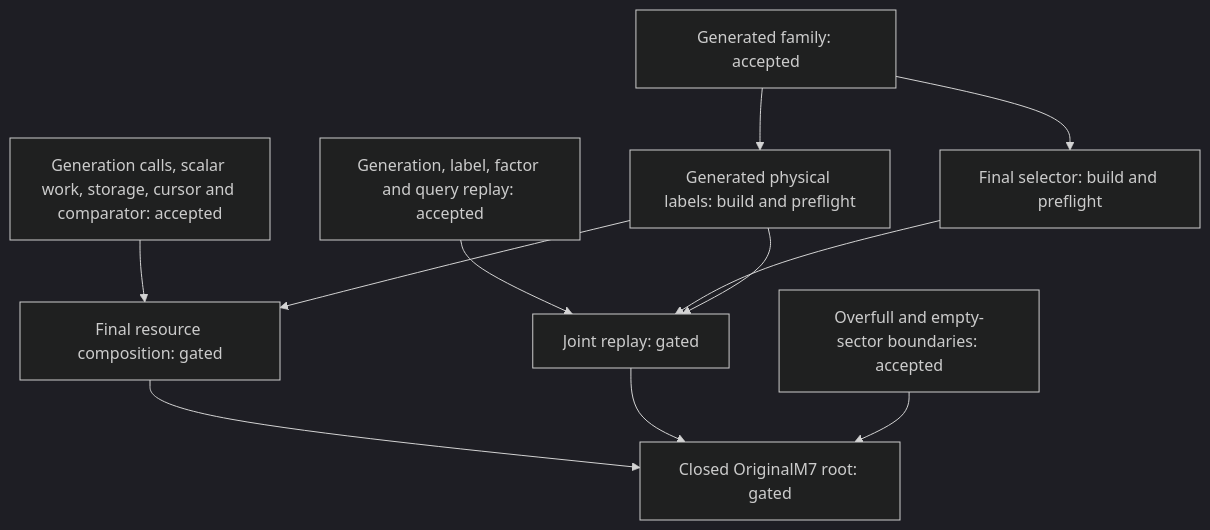
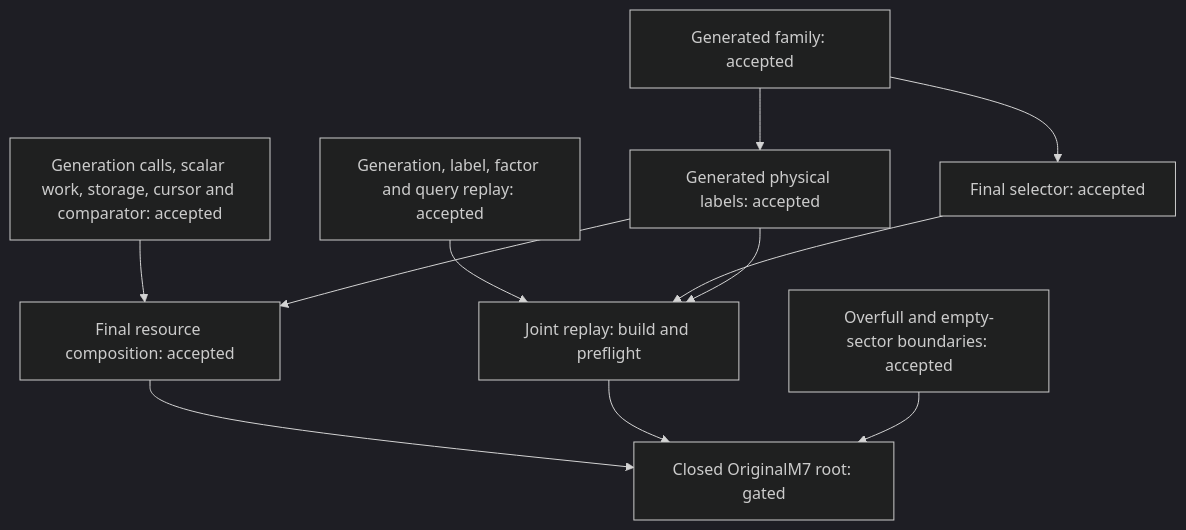
Before and after one commit to humanfia/science-mango: the diagram in pipelines/quantum_formalize/examples/m7/FINAL_INTEGRATION_PLAN.md, drawn with Mermaid (dark theme). The commit also changed 832 other files, not shown here.

Commit message:
Accept M7 final selector and resource composition: 431 targets

````diff
--- a/pipelines/quantum_formalize/examples/m7/FINAL_INTEGRATION_PLAN.md
+++ b/pipelines/quantum_formalize/examples/m7/FINAL_INTEGRATION_PLAN.md
@@ -23,13 +23,13 @@
 ```mermaid
 flowchart TD
-  GF[Generated family: accepted] --> FS[Final selector: build and preflight]
-  GF --> GL[Generated physical labels: build and preflight]
-  RC[Generation calls, scalar work, storage, cursor and comparator: accepted] --> FR[Final resource composition: gated]
+  GF[Generated family: accepted] --> FS[Final selector: accepted]
+  GF --> GL[Generated physical labels: accepted]
+  RC[Generation calls, scalar work, storage, cursor and comparator: accepted] --> FR[Final resource composition: accepted]
   GL --> FR
-  RP[Generation, label, factor and query replay: accepted] --> JR[Joint replay: gated]
+  RP[Generation, label, factor and query replay: accepted] --> JR[Joint replay: build and preflight]
   FS --> JR
   GL --> JR
   FR --> ROOT[Closed OriginalM7 root: gated]
   JR --> ROOT
   OB[Overfull and empty-sector boundaries: accepted] --> ROOT
 ```
````
